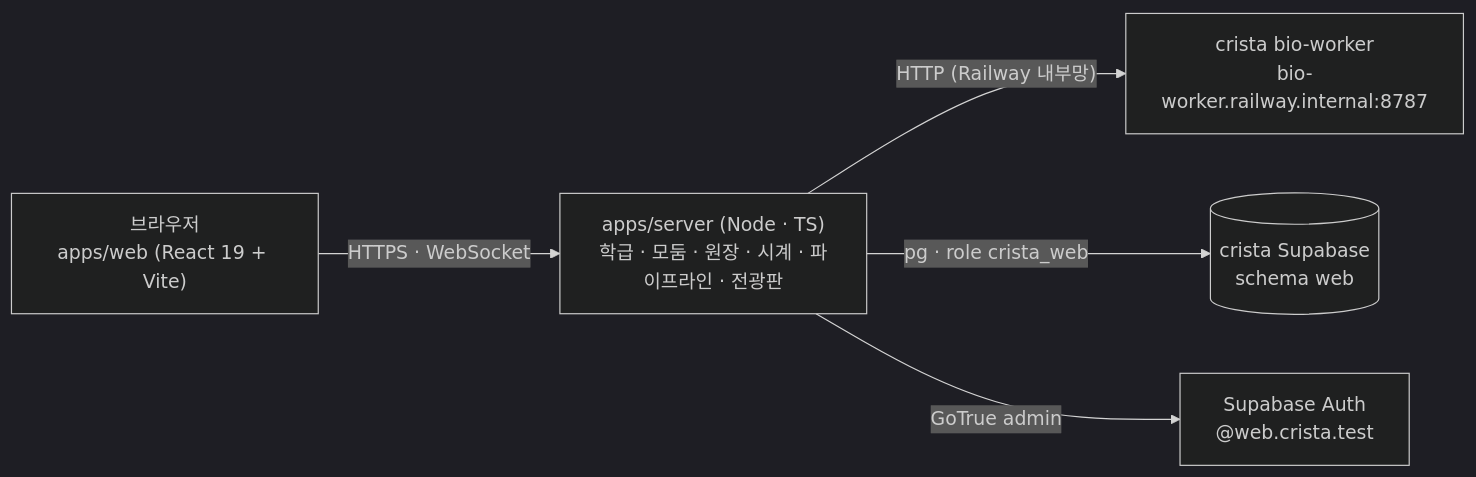
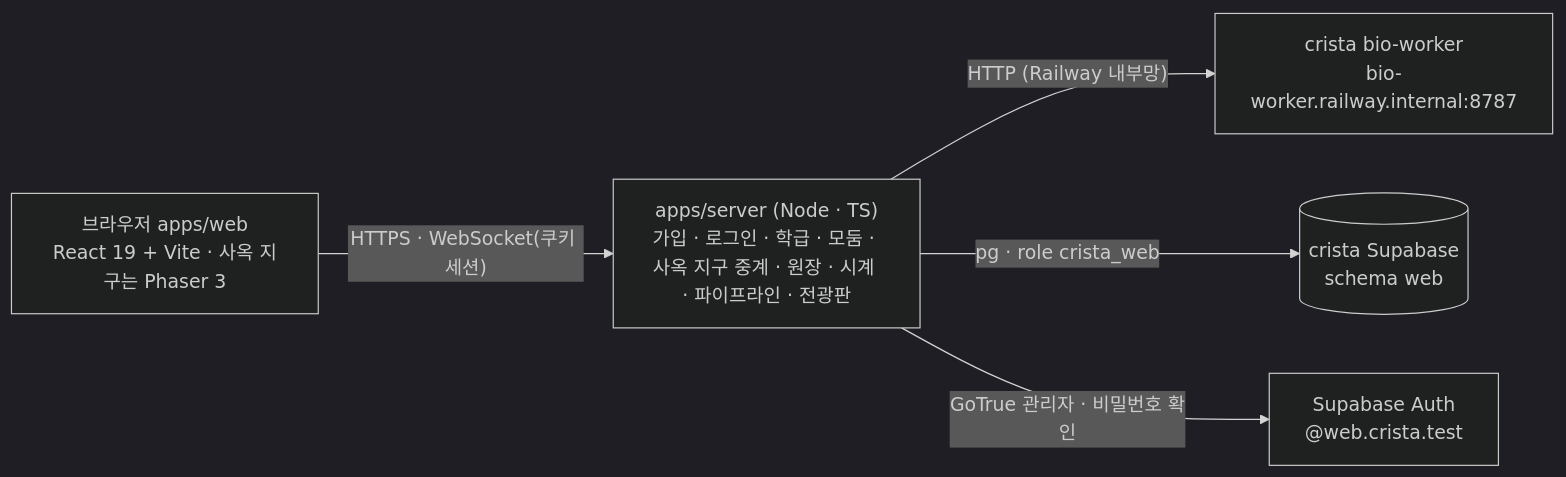
One commit to mulkib0/crista-web changed the second of 2 diagrams in docs/2026-10-23-crista-web-design.md. Above: the diagram before and after it, drawn with Mermaid (dark theme). The commit also changed other lines of this file and 15 other files, not shown here.

First line of the commit message:
docs(design): 2판 — 로그인 · 가입 → 2D 사옥 지구 등기 → 전광판 01 화면

````diff
--- a/docs/2026-10-23-crista-web-design.md
+++ b/docs/2026-10-23-crista-web-design.md
@@ -136,7 +299,7 @@
 ```mermaid
 flowchart LR
-    B["브라우저<br/>apps/web (React 19 + Vite)"] -- "HTTPS · WebSocket" --> S["apps/server (Node · TS)<br/>학급 · 모둠 · 원장 · 시계 · 파이프라인 · 전광판"]
+    B["브라우저 apps/web<br/>React 19 + Vite · 사옥 지구는 Phaser 3"] -- "HTTPS · WebSocket(쿠키 세션)" --> S["apps/server (Node · TS)<br/>가입 · 로그인 · 학급 · 모둠 · 사옥 지구 중계 · 원장 · 시계 · 파이프라인 · 전광판"]
     S -- "HTTP (Railway 내부망)" --> W["crista bio-worker<br/>bio-worker.railway.internal:8787"]
     S -- "pg · role crista_web" --> DB[("crista Supabase<br/>schema web")]
-    S -- "GoTrue admin" --> A["Supabase Auth<br/>@web.crista.test"]
+    S -- "GoTrue 관리자 · 비밀번호 확인" --> A["Supabase Auth<br/>@web.crista.test"]
 ```
````
